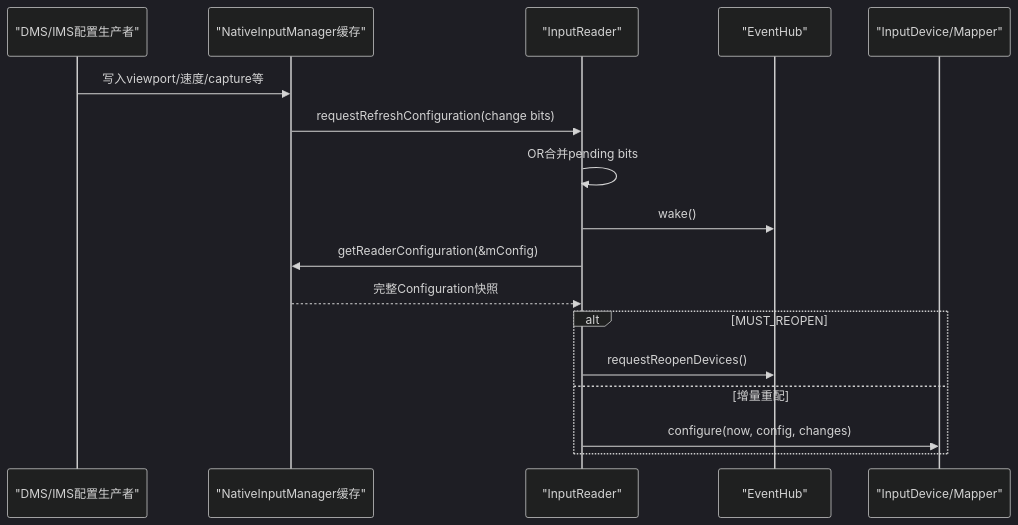
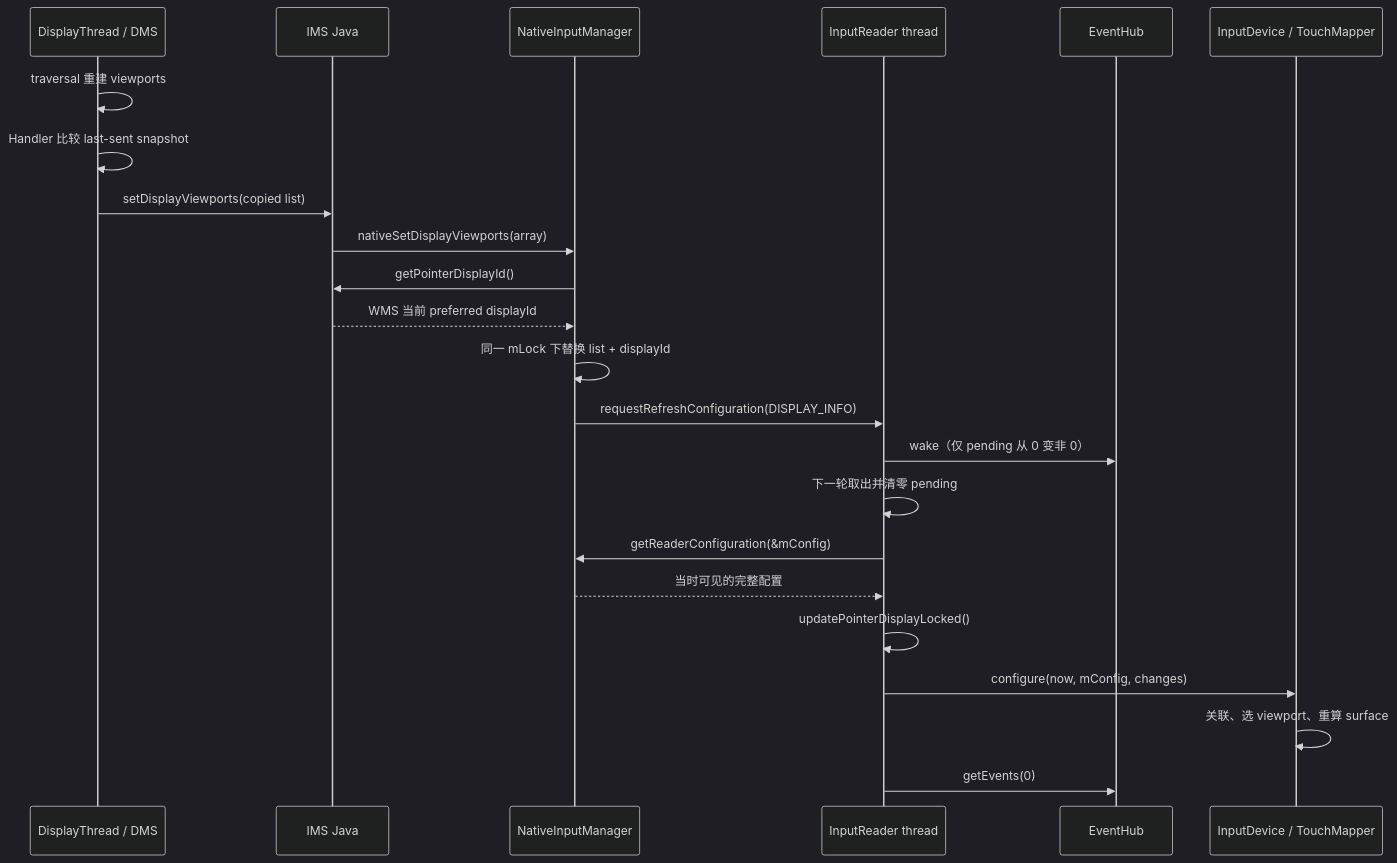
The diagram in Android源码学习/192-AndroidInputReaderPolicyConfiguration与DisplayViewport.md (junyingzhao001/StudyNotes), drawn with Mermaid (dark theme) before and after one commit. The commit also changed other lines of this file and 116 other files, not shown here.

````diff
--- a/Android源码学习/192-AndroidInputReaderPolicyConfiguration与DisplayViewport.md
+++ b/Android源码学习/192-AndroidInputReaderPolicyConfiguration与DisplayViewport.md
@@ -25,19 +131,26 @@
 ```mermaid
 sequenceDiagram
-  participant P as "DMS/IMS配置生产者"
-  participant N as "NativeInputManager缓存"
-  participant R as "InputReader"
-  participant E as "EventHub"
-  participant D as "InputDevice/Mapper"
-  P->>N: 写入viewport/速度/capture等
-  N->>R: requestRefreshConfiguration(change bits)
-  R->>R: OR合并pending bits
-  R->>E: wake()
+  participant D as DisplayThread / DMS
+  participant J as IMS Java
+  participant N as NativeInputManager
+  participant R as InputReader thread
+  participant E as EventHub
+  participant M as InputDevice / TouchMapper
+
+  D->>D: traversal 重建 viewports
+  D->>D: Handler 比较 last-sent snapshot
+  D->>J: setDisplayViewports(copied list)
+  J->>N: nativeSetDisplayViewports(array)
+  N->>J: getPointerDisplayId()
+  J-->>N: WMS 当前 preferred displayId
+  N->>N: 同一 mLock 下替换 list + displayId
+  N->>R: requestRefreshConfiguration(DISPLAY_INFO)
+  R->>E: wake（仅 pending 从 0 变非 0）
+  R->>R: 下一轮取出并清零 pending
   R->>N: getReaderConfiguration(&mConfig)
-  N-->>R: 完整Configuration快照
-  alt MUST_REOPEN
-    R->>E: requestReopenDevices()
-  else 增量重配
-    R->>D: configure(now, config, changes)
-  end
+  N-->>R: 当时可见的完整配置
+  R->>R: updatePointerDisplayLocked()
+  R->>M: configure(now, mConfig, changes)
+  M->>M: 关联、选 viewport、重算 surface
+  R->>E: getEvents(0)
 ```
````
